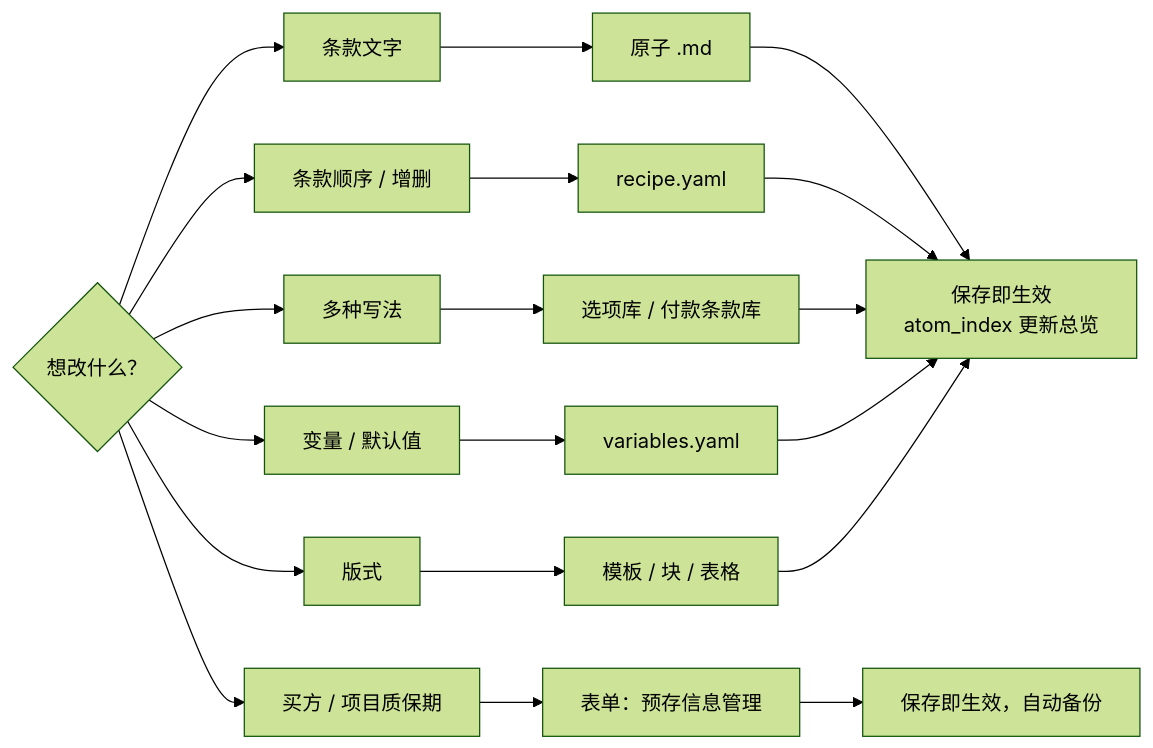
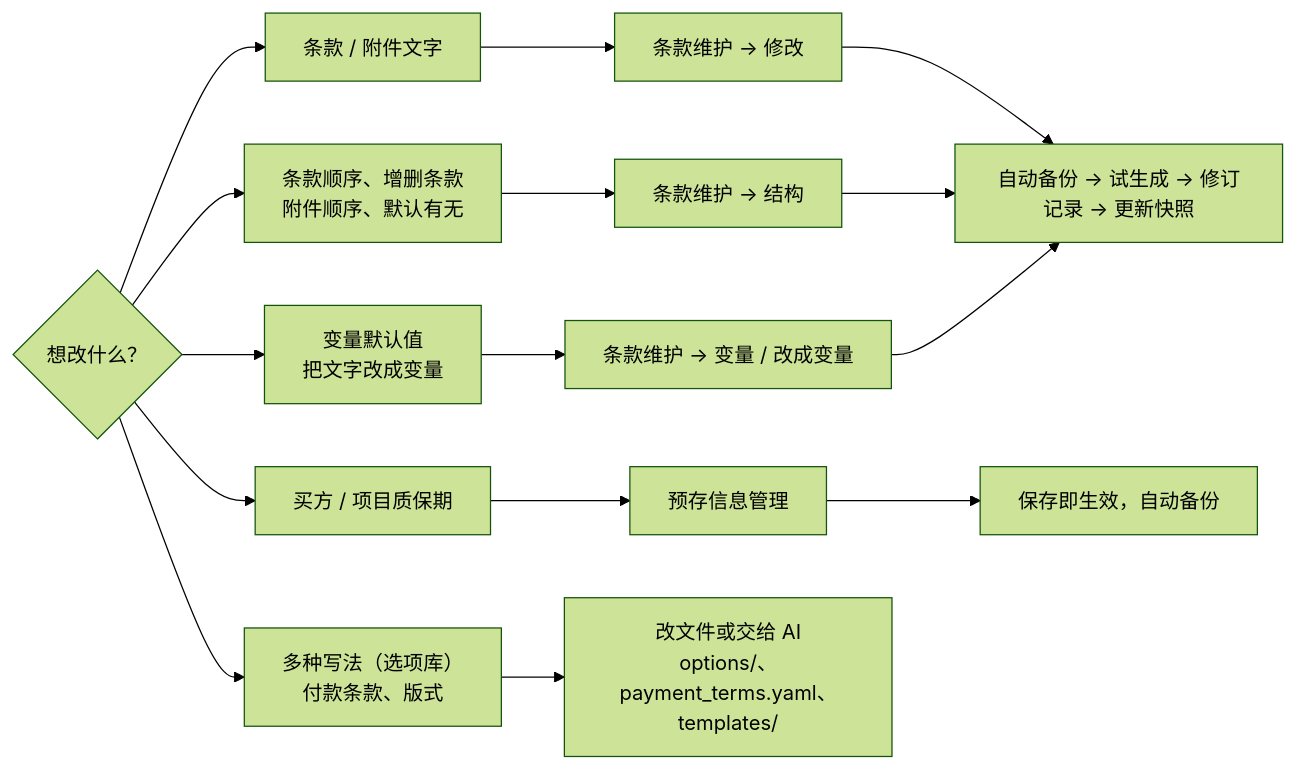
One commit to GavinGSJ/contract-compose changed the diagram in docs/diagrams/4_日常维护.mmd. Above: the diagram before and after it, drawn with Mermaid (forest theme). The commit also changed 7 other files, not shown here.

First line of the commit message:
文档：README 与路线图更新到最新，写入下一阶段六项任务

```diff
--- a/docs/diagrams/4_日常维护.mmd
+++ b/docs/diagrams/4_日常维护.mmd
@@ -1,10 +1,9 @@
 flowchart LR
   Q{"想改什么？"}
-  Q --> Q1["条款文字"] --> W1["原子 .md"]
-  Q --> Q2["条款顺序 / 增删"] --> W2["recipe.yaml"]
-  Q --> Q3["多种写法"] --> W3["选项库 / 付款条款库"]
-  Q --> Q4["变量 / 默认值"] --> W4["variables.yaml"]
-  Q --> Q5["买方 / 项目质保期"] --> W5["表单：预存信息管理"]
-  Q --> Q6["版式"] --> W6["模板 / 块 / 表格"]
-  W1 & W2 & W3 & W4 & W6 --> R["保存即生效<br/>atom_index 更新总览"]
-  W5 --> R2["保存即生效，自动备份"]
+  Q --> Q1["条款 / 附件文字"] --> P1["条款维护 → 修改"]
+  Q --> Q2["条款顺序、增删条款<br/>附件顺序、默认有无"] --> P2["条款维护 → 结构"]
+  Q --> Q3["变量默认值<br/>把文字改成变量"] --> P3["条款维护 → 变量 / 改成变量"]
+  Q --> Q4["买方 / 项目质保期"] --> P4["预存信息管理"]
+  Q --> Q5["多种写法（选项库）<br/>付款条款、版式"] --> W5["改文件或交给 AI<br/>options/、payment_terms.yaml、templates/"]
+  P1 & P2 & P3 --> R["自动备份 → 试生成 → 修订记录 → 更新快照"]
+  P4 --> R2["保存即生效，自动备份"]
```
